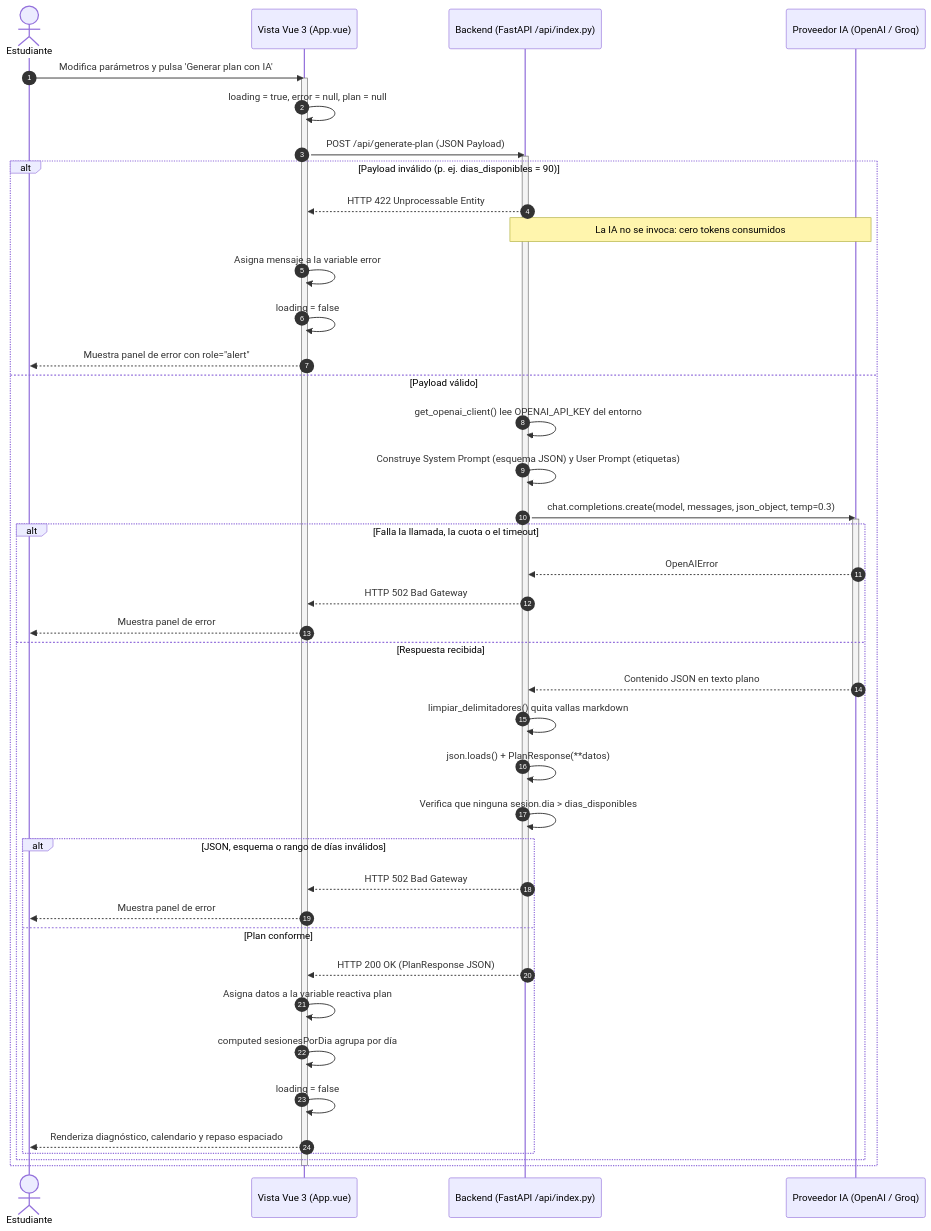
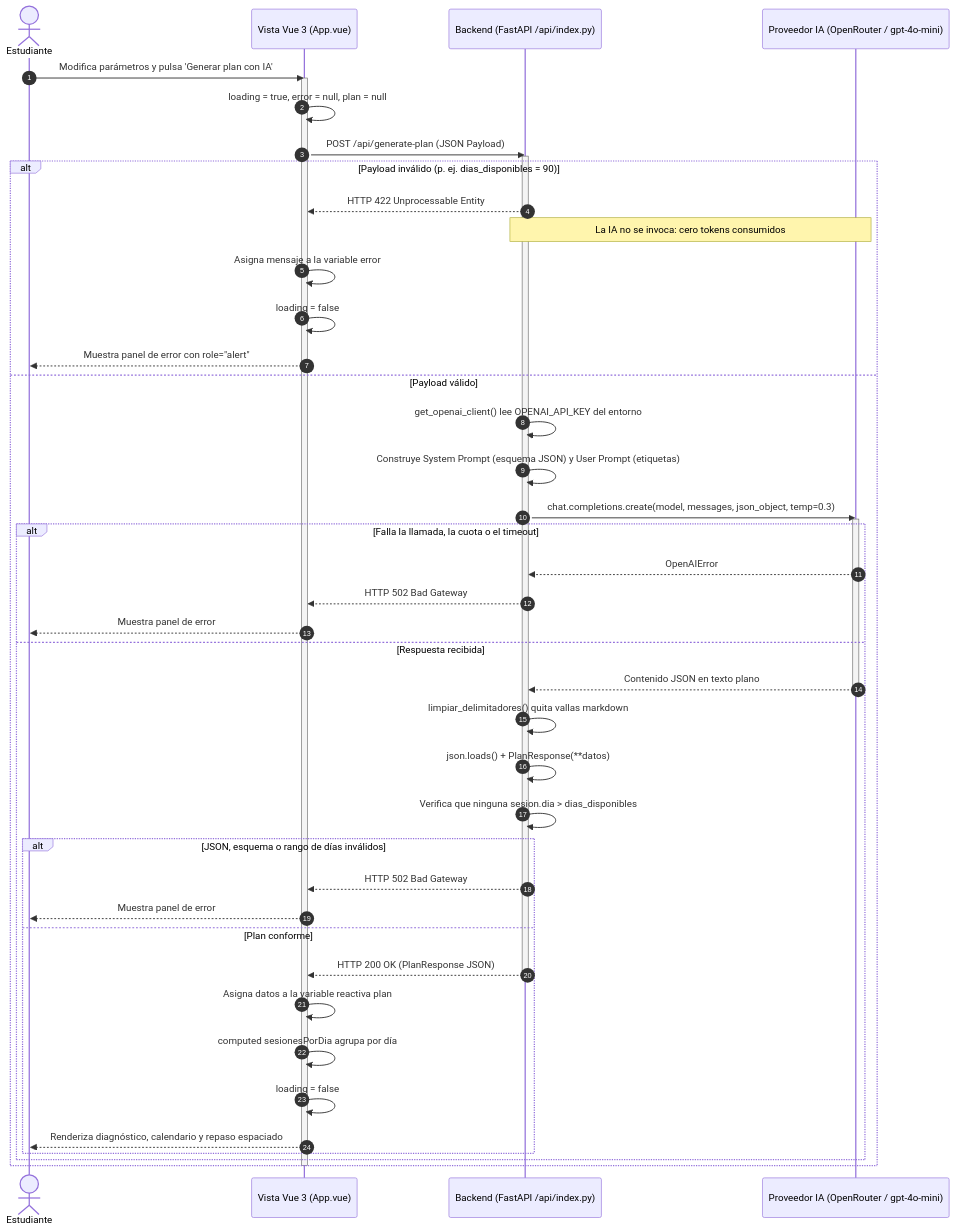
The fourth of 5 diagrams in pract01-studyup.md (davidodo123/StudyUp), drawn with Mermaid before and after one commit. The commit also changed other lines of this file and 5 other files, not shown here.

````diff
--- a/pract01-studyup.md
+++ b/pract01-studyup.md
@@ -376,52 +376,52 @@
 ```mermaid
 sequenceDiagram
     autonumber
     actor U as Estudiante
     participant V as Vista Vue 3 (App.vue)
     participant B as Backend (FastAPI /api/index.py)
-    participant AI as Proveedor IA (OpenAI / Groq)
+    participant AI as Proveedor IA (OpenRouter / gpt-4o-mini)
 
     U->>V: Modifica parámetros y pulsa 'Generar plan con IA'
     activate V
     V->>V: loading = true, error = null, plan = null
     V->>B: POST /api/generate-plan (JSON Payload)
     activate B
 
     alt Payload inválido (p. ej. dias_disponibles = 90)
         B-->>V: HTTP 422 Unprocessable Entity
         Note over B,AI: La IA no se invoca: cero tokens consumidos
         V->>V: Asigna mensaje a la variable error
         V->>V: loading = false
         V-->>U: Muestra panel de error con role="alert"
     else Payload válido
         B->>B: get_openai_client() lee OPENAI_API_KEY del entorno
         B->>B: Construye System Prompt (esquema JSON) y User Prompt (etiquetas)
         B->>AI: chat.completions.create(model, messages, json_object, temp=0.3)
         activate AI
 
         alt Falla la llamada, la cuota o el timeout
             AI-->>B: OpenAIError
             B-->>V: HTTP 502 Bad Gateway
             V-->>U: Muestra panel de error
         else Respuesta recibida
             AI-->>B: Contenido JSON en texto plano
             deactivate AI
             B->>B: limpiar_delimitadores() quita vallas markdown
             B->>B: json.loads() + PlanResponse(**datos)
             B->>B: Verifica que ninguna sesion.dia > dias_disponibles
 
             alt JSON, esquema o rango de días inválidos
                 B-->>V: HTTP 502 Bad Gateway
                 V-->>U: Muestra panel de error
             else Plan conforme
                 B-->>V: HTTP 200 OK (PlanResponse JSON)
                 deactivate B
                 V->>V: Asigna datos a la variable reactiva plan
                 V->>V: computed sesionesPorDia agrupa por día
                 V->>V: loading = false
                 V-->>U: Renderiza diagnóstico, calendario y repaso espaciado
             end
         end
     end
     deactivate V
 ```
````
